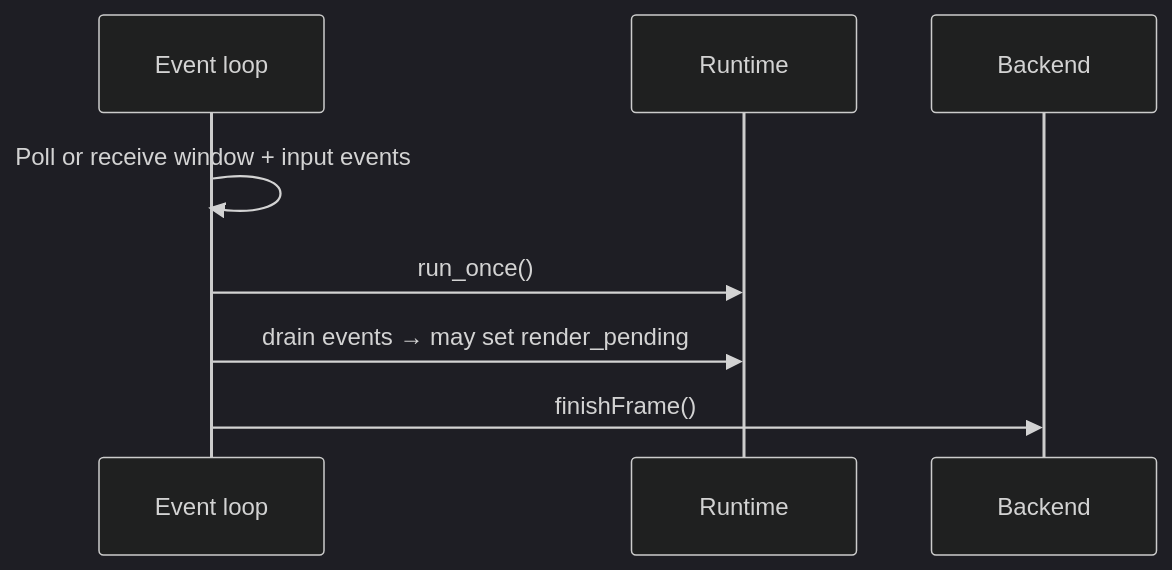
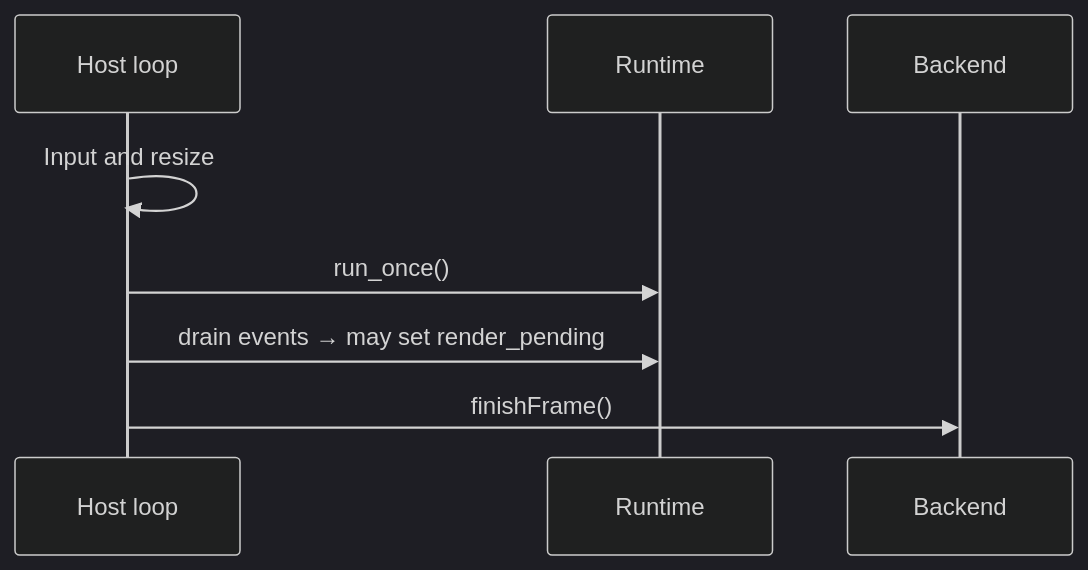
The second of 3 diagrams in docs/src/content/docs/development/map-example-specification.md (maplibre/maplibre-native-ffi), drawn with Mermaid (dark theme) before and after one commit. The commit also changed other lines of this file and 5 other files, not shown here.

````diff
--- a/docs/src/content/docs/development/map-example-specification.md
+++ b/docs/src/content/docs/development/map-example-specification.md
@@ -238,11 +243,11 @@
 ```mermaid
 sequenceDiagram
-  participant EL as Event loop
+  participant EL as Host loop
   participant RT as Runtime
   participant BE as Backend
 
-  EL->>EL: Poll or receive window + input events
+  EL->>EL: Input and resize
   EL->>RT: run_once()
   EL->>RT: drain events → may set render_pending
   EL->>BE: finishFrame()
 ```
````
